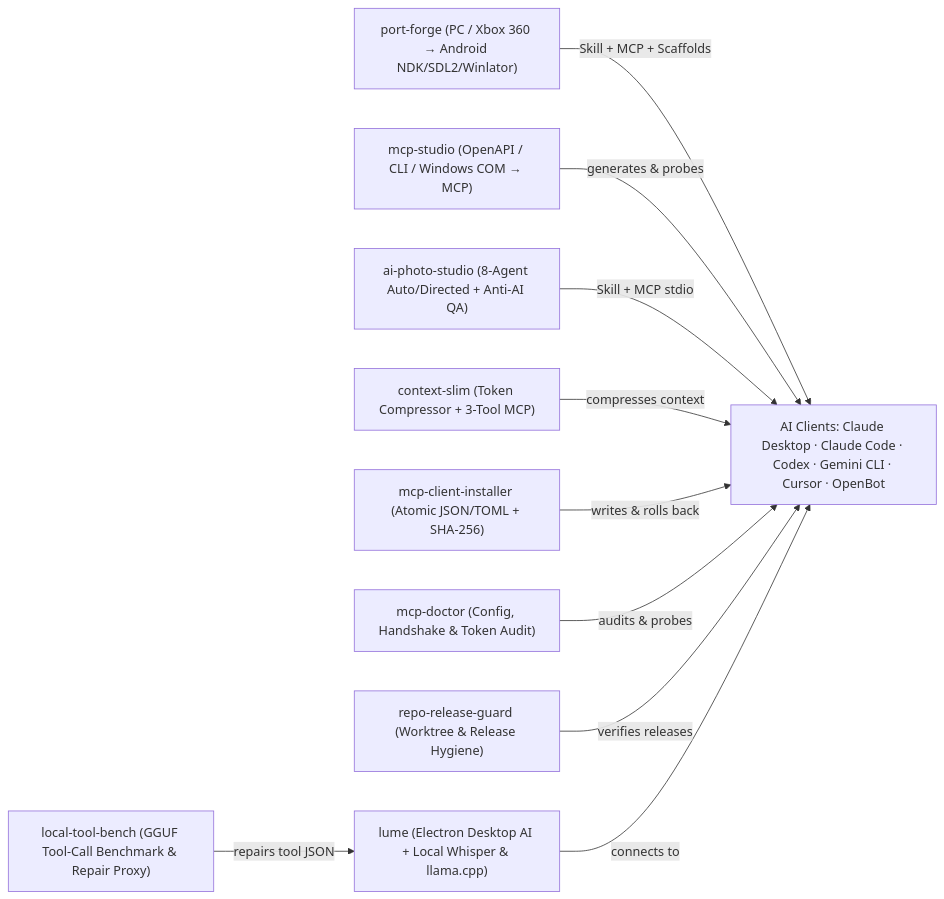
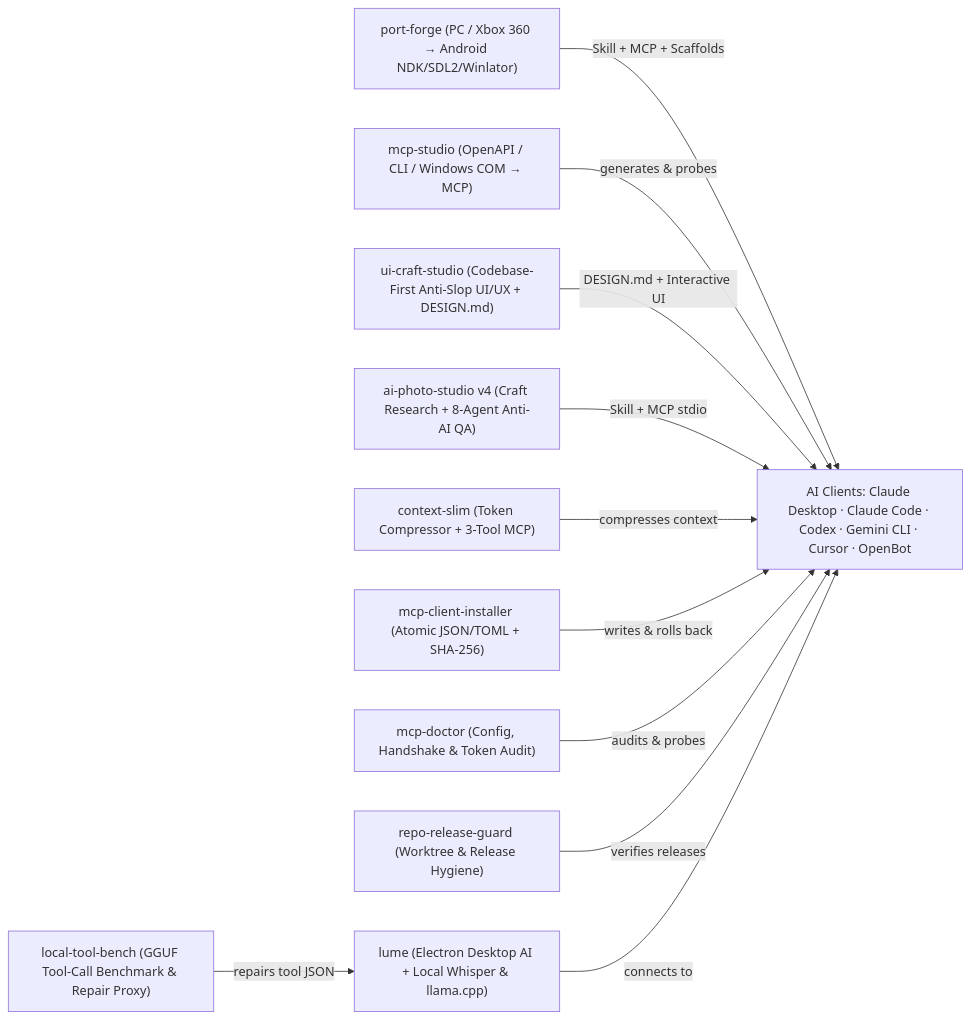
Before and after one commit to deusbr/deusbr: the diagram in README.md, drawn with Mermaid. The commit also changed other lines of this file, not shown here.

Commit message:
docs: add ui-craft-studio v1.0.0 and update ai-photo-studio to v4.0.0

````diff
--- a/README.md
+++ b/README.md
@@ -66,23 +67,25 @@
 ```mermaid
 flowchart LR
   Clients["AI Clients: Claude Desktop · Claude Code · Codex · Gemini CLI · Cursor · OpenBot"]
   PortForge["port-forge (PC / Xbox 360 → Android NDK/SDL2/Winlator)"]
   McpStudio["mcp-studio (OpenAPI / CLI / Windows COM → MCP)"]
-  PhotoStudio["ai-photo-studio (8-Agent Auto/Directed + Anti-AI QA)"]
+  UiCraft["ui-craft-studio (Codebase-First Anti-Slop UI/UX + DESIGN.md)"]
+  PhotoStudio["ai-photo-studio v4 (Craft Research + 8-Agent Anti-AI QA)"]
   ContextSlim["context-slim (Token Compressor + 3-Tool MCP)"]
   Installer["mcp-client-installer (Atomic JSON/TOML + SHA-256)"]
   Doctor["mcp-doctor (Config, Handshake & Token Audit)"]
   Guard["repo-release-guard (Worktree & Release Hygiene)"]
   Lume["lume (Electron Desktop AI + Local Whisper & llama.cpp)"]
   Bench["local-tool-bench (GGUF Tool-Call Benchmark & Repair Proxy)"]
 
   PortForge -->|"Skill + MCP + Scaffolds"| Clients
   McpStudio -->|"generates & probes"| Clients
+  UiCraft -->|"DESIGN.md + Interactive UI"| Clients
   PhotoStudio -->|"Skill + MCP stdio"| Clients
   ContextSlim -->|"compresses context"| Clients
   Installer -->|"writes & rolls back"| Clients
   Doctor -->|"audits & probes"| Clients
   Guard -->|"verifies releases"| Clients
   Lume -->|"connects to"| Clients
   Bench -->|"repairs tool JSON"| Lume
 ```
````
